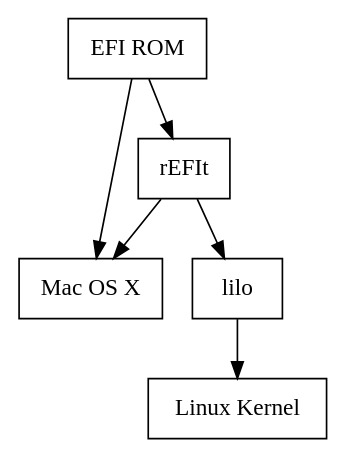
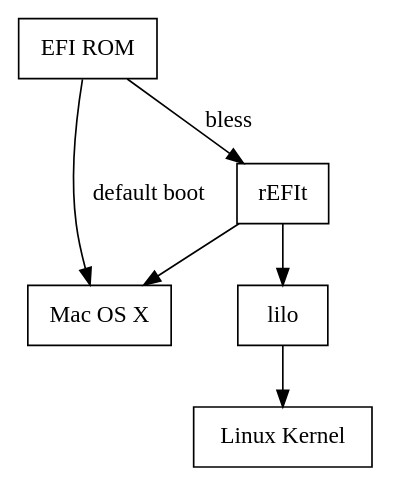
Before and after one commit to dancerj/monthly-report: the diagram in image200607/bootchain.dot, drawn with Graphviz. The commit also changed 8 other files, not shown here.

```diff
--- a/image200607/bootchain.dot
+++ b/image200607/bootchain.dot
@@ -1,12 +1,13 @@
+#dot -Tps -o bootchain.ps bootchain.dot
 digraph bootchain {
-"EFI ROM" -> "rEFIt";
-"EFI ROM" -> "Mac OS X";
+"EFI ROM" -> "Mac OS X" [label="default boot"];
+"EFI ROM" -> "rEFIt"  [label="bless"];
 "rEFIt" -> "lilo";
 "rEFIt" -> "Mac OS X";
 "lilo" -> "Linux Kernel";
 "EFI ROM" [shape=box];
 "rEFIt" [shape=box];
 "lilo" [shape=box];
 "Linux Kernel" [shape=box];
 "Mac OS X" [shape=box];
 }
```
